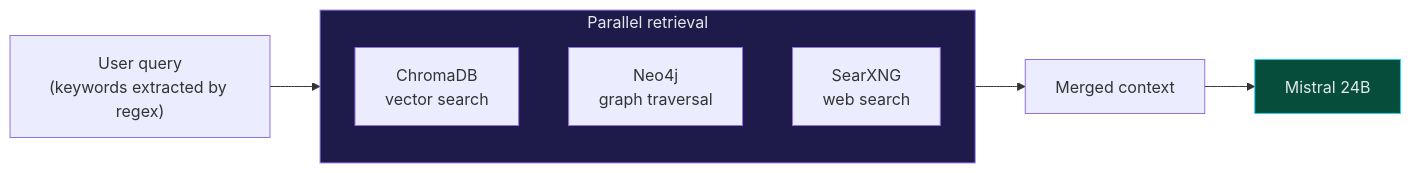
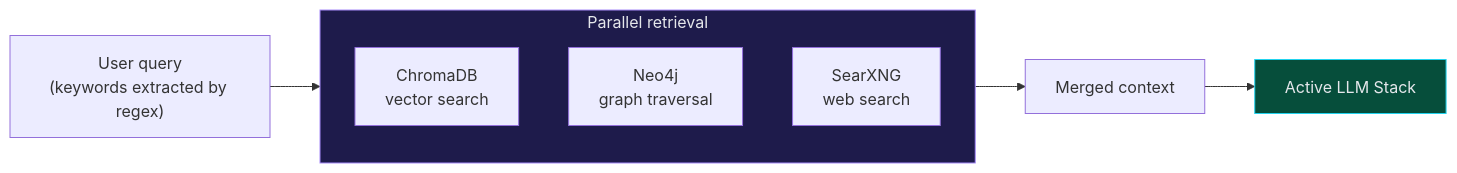
Before and after one commit to sebdallais-git/PharmaCyberLLM: the sixth of 9 diagrams in README.md, drawn with Mermaid. The commit also changed other lines of this file, not shown here.

Commit message:
docs: document the Ollama/MLX stack switch and benchmarks

````diff
--- a/README.md
+++ b/README.md
@@ -435,17 +465,17 @@
 ```mermaid
 flowchart LR
     Q["User query\n(keywords extracted by regex)"] --> PARALLEL
 
     subgraph PARALLEL["Parallel retrieval"]
         direction TB
         VS["ChromaDB\nvector search"]
         GQ["Neo4j\ngraph traversal"]
         WS["SearXNG\nweb search"]
     end
 
     PARALLEL --> MERGE["Merged context"]
-    MERGE --> LLM["Mistral 24B"]
+    MERGE --> LLM["Active LLM Stack"]
 
     style PARALLEL fill:#1e1b4b,stroke:#a78bfa,color:#e5e7eb
     style LLM fill:#064e3b,stroke:#22d3ee,color:#e5e7eb
 ```
````
